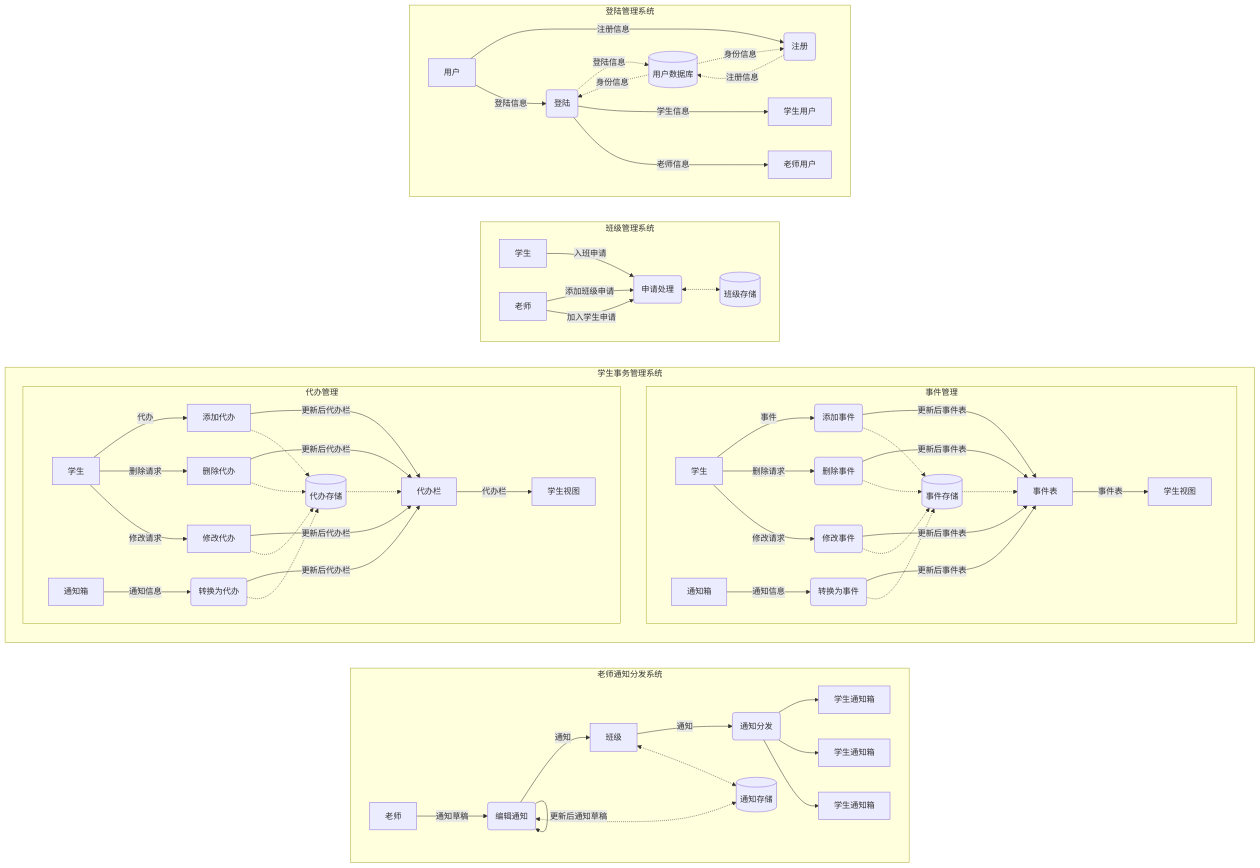
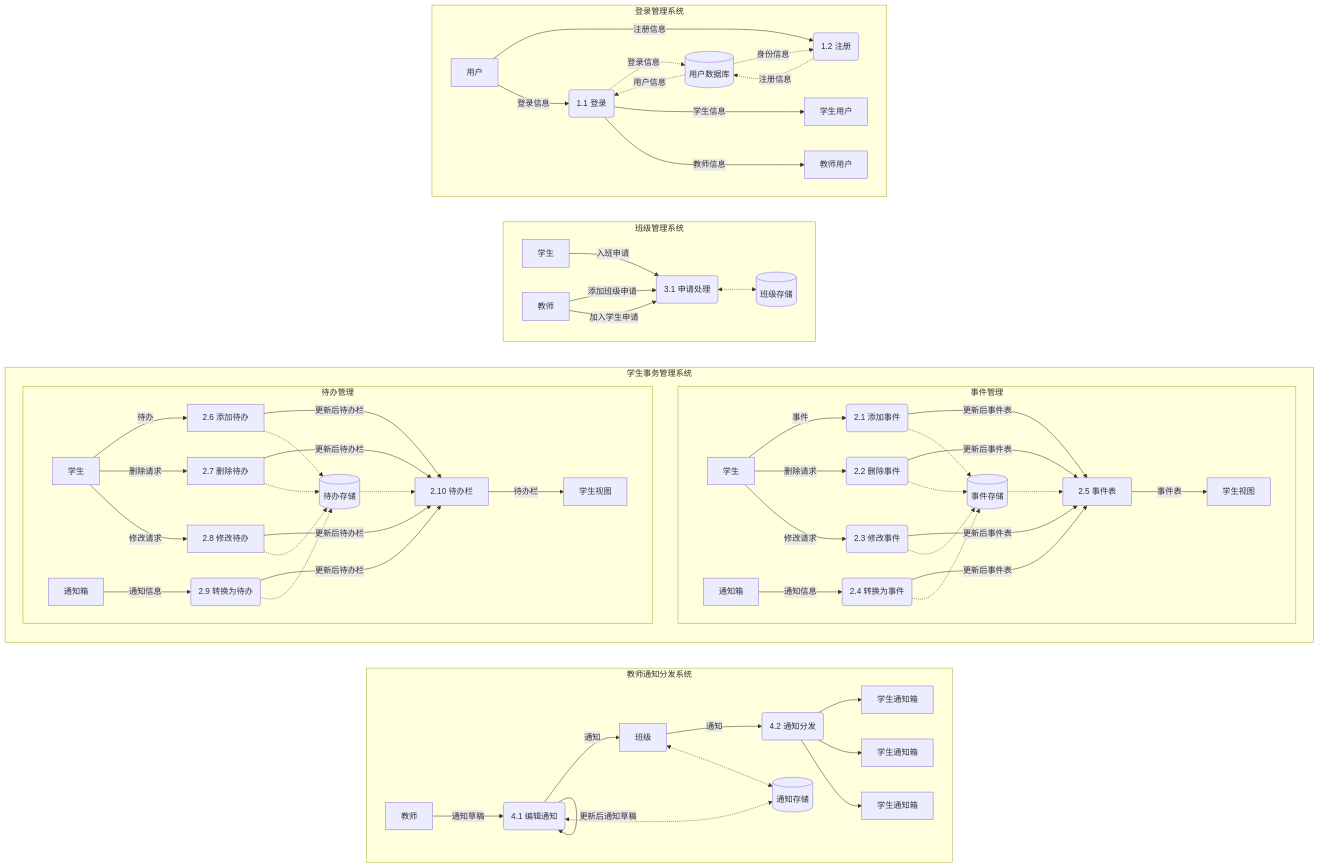
One commit to Group-Lynx/grid changed the diagram in doc/need-anal/func-lv3.mmd. Above: the diagram before and after it, drawn with Mermaid. The commit also changed 5 other files, not shown here.

```diff
--- a/doc/need-anal/func-lv3.mmd
+++ b/doc/need-anal/func-lv3.mmd
@@ -1,135 +1,135 @@
 flowchart LR
-    subgraph TeacherSys["老师通知分发系统"]
+    subgraph TeacherSys["教师通知分发系统"]
         direction LR
 
-        Teacher["老师"]
+        Teacher["教师"]
         Class["班级"]
-        MsgEditing("编辑通知")
-        MsgDistribute("通知分发")
+        MsgEditing("4.1 编辑通知")
+        MsgDistribute("4.2 通知分发")
         MsgDb[("通知存储")]
         StuDummy1["学生通知箱"]
         StuDummy2["学生通知箱"]
         StuDummy3["学生通知箱"]
 
         Teacher -->|"通知草稿"| MsgEditing -->|"通知"| Class -->|"通知"| MsgDistribute
         MsgEditing -->|"更新后通知草稿"| MsgEditing
 
         Class <-.-> MsgDb
         MsgEditing <-.-> MsgDb
 
         MsgDistribute --> StuDummy1
         MsgDistribute --> StuDummy2
         MsgDistribute --> StuDummy3
     end
 
 
     subgraph StudentSys["学生事务管理系统"]
         direction TB
         
         subgraph EventSys["事件管理"]
             direction LR
 
             StudentEventSys["学生"]
             StudentViewEventSys["学生视图"]
-            EventView["事件表"]
-            EventAdd("添加事件")
-            EventDel("删除事件")
-            EventMod("修改事件")
+            EventView["2.5 事件表"]
+            EventAdd("2.1 添加事件")
+            EventDel("2.2 删除事件")
+            EventMod("2.3 修改事件")
             EventDB[("事件存储")]
             MsgViewEventSys["通知箱"]
-            IntoEvent("转换为事件")
+            IntoEvent("2.4 转换为事件")
 
             StudentEventSys -->|"事件"| EventAdd
             StudentEventSys -->|"删除请求"| EventDel
             StudentEventSys -->|"修改请求"| EventMod
 
             EventAdd -->|"更新后事件表"| EventView
             EventMod -->|"更新后事件表"| EventView
             EventDel -->|"更新后事件表"| EventView
 
             MsgViewEventSys -->|"通知信息"| IntoEvent
             IntoEvent -->|"更新后事件表"| EventView
 
             EventView -->|"事件表"| StudentViewEventSys
 
             EventAdd -.-> EventDB
             EventMod -.-> EventDB
             EventDel -.-> EventDB
             IntoEvent -.-> EventDB
             EventDB -.-> EventView
 
         end
 
-        subgraph TodoSys["代办管理"]
+        subgraph TodoSys["待办管理"]
             direction LR
 
             StudentTodoSys["学生"]
-            TodoView["代办栏"]
+            TodoView["2.10 待办栏"]
             StudentViewTodoSys["学生视图"]
             MsgViewTodoSys["通知箱"]
-            TodoAdd["添加代办"]
-            TodoDel["删除代办"]
-            TodoMod["修改代办"]
-            TodoDB[("代办存储")]
-            IntoTodo("转换为代办")
+            TodoAdd["2.6 添加待办"]
+            TodoDel["2.7 删除待办"]
+            TodoMod["2.8 修改待办"]
+            TodoDB[("待办存储")]
+            IntoTodo("2.9 转换为待办")
             
-            TodoAdd -->|"更新后代办栏"| TodoView
-            TodoDel -->|"更新后代办栏"| TodoView
-            TodoMod -->|"更新后代办栏"| TodoView
+            TodoAdd -->|"更新后待办栏"| TodoView
+            TodoDel -->|"更新后待办栏"| TodoView
+            TodoMod -->|"更新后待办栏"| TodoView
 
             MsgViewTodoSys -->|"通知信息"| IntoTodo
-            IntoTodo -->|"更新后代办栏"| TodoView
+            IntoTodo -->|"更新后待办栏"| TodoView
 
-            TodoView -->|"代办栏"| StudentViewTodoSys
+            TodoView -->|"待办栏"| StudentViewTodoSys
 
-            StudentTodoSys -->|"代办"| TodoAdd
+            StudentTodoSys -->|"待办"| TodoAdd
             StudentTodoSys -->|"删除请求"| TodoDel
             StudentTodoSys -->|"修改请求"| TodoMod
             
             TodoAdd -.-> TodoDB
             TodoDel -.-> TodoDB
             TodoMod -.-> TodoDB
             IntoTodo -.-> TodoDB
             TodoDB -.-> TodoView
 
             TodoView
         end
     end
 
     subgraph ClassSys["班级管理系统"]
         direction LR
 
         StudentClassSys["学生"]
-        TeacherClassSys["老师"]
-        ApprovalSys("申请处理")
+        TeacherClassSys["教师"]
+        ApprovalSys("3.1 申请处理")
         ClassDB[("班级存储")]
 
         StudentClassSys -->|"入班申请"| ApprovalSys
         TeacherClassSys -->|"添加班级申请"| ApprovalSys
         TeacherClassSys -->|"加入学生申请"| ApprovalSys
         ApprovalSys <-.-> ClassDB
     end
 
-    subgraph LoginSys["登陆管理系统"]
+    subgraph LoginSys["登录管理系统"]
         direction LR
 
         User["用户"]
-        Login("登陆")
-        Signup("注册")
+        Login("1.1 登录")
+        Signup("1.2 注册")
         StuUser["学生用户"]
-        TchUser["老师用户"]
+        TchUser["教师用户"]
 
         UserDB[("用户数据库")]
 
-        User -->|"登陆信息"| Login
+        User -->|"登录信息"| Login
         User -->|"注册信息"| Signup
 
         Login --->|"学生信息"| StuUser
-        Login --->|"老师信息"| TchUser
+        Login --->|"教师信息"| TchUser
 
         Signup -.->|"注册信息"| UserDB
         UserDB -.->|"身份信息"| Signup
 
-        Login -.->|"登陆信息"| UserDB
-        UserDB -.->|"身份信息"| Login
+        Login -.->|"登录信息"| UserDB
+        UserDB -.->|"用户信息"| Login
     end
```
